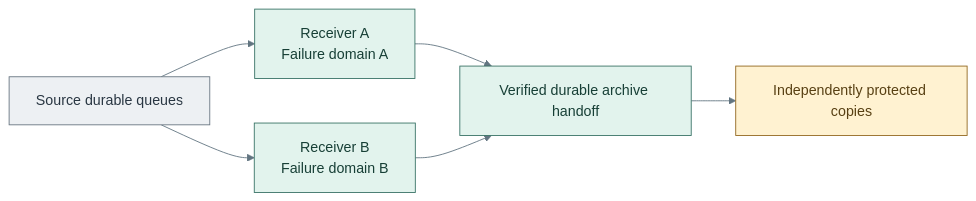
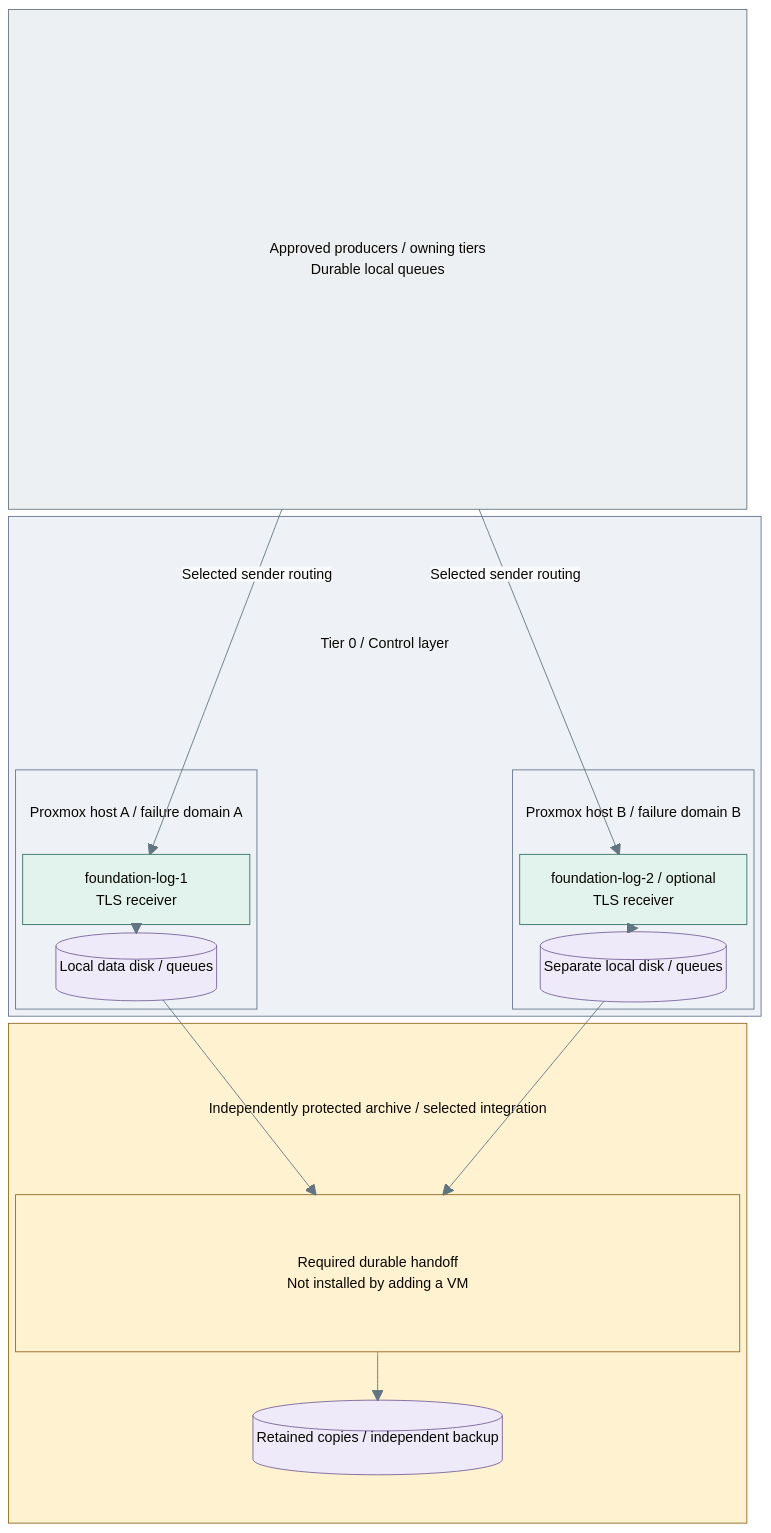
The diagram in docs/deployment/stage-1-logging/step-3b-redundant-intake.md (Rexus/homelab), drawn with Mermaid before and after one commit. The commit also changed 4 other files, not shown here.

Commit message:
docs(diagrams): show logging deployment boundaries

````diff
--- a/docs/deployment/stage-1-logging/step-3b-redundant-intake.md
+++ b/docs/deployment/stage-1-logging/step-3b-redundant-intake.md
@@ -16,16 +16,49 @@
 ```mermaid
 %%{init: {"theme":"base","themeVariables":{"lineColor":"#627581","edgeLabelBackground":"#f8fafc"}}}%%
-flowchart LR
-  Queue["Source durable queues"] --> A["Receiver A<br/>Failure domain A"]
-  Queue --> B["Receiver B<br/>Failure domain B"]
-  A --> Commit["Verified durable archive handoff"]
-  B --> Commit
-  Commit --> Copies["Independently protected copies"]
+block-beta
+  columns 1
+  Sources["Approved producers / owning tiers<br/>Durable local queues"]
+  block:T0
+    columns 3
+    T0Title["Tier 0 / Control layer"]:3
+    block:PVE1
+      columns 1
+      Host1Title["Proxmox host A / failure domain A"]
+      VM1["foundation-log-1<br/>TLS receiver"]
+      Disk1[("Local data disk / queues")]
+    end
+    space
+    block:PVE2
+      columns 1
+      Host2Title["Proxmox host B / failure domain B"]
+      VM2["foundation-log-2 / optional<br/>TLS receiver"]
+      Disk2[("Separate local disk / queues")]
+    end
+  end
+  block:Custody
+    columns 1
+    CustodyTitle["Independently protected archive / selected integration"]
+    Commit["Required durable handoff<br/>Not installed by adding a VM"]
+    Copies[("Retained copies / independent backup")]
+  end
+  Sources -- "Selected sender routing" --> VM1
+  Sources -- "Selected sender routing" --> VM2
+  VM1 --> Disk1
+  VM2 --> Disk2
+  Disk1 --> Commit
+  Disk2 --> Commit
+  Commit --> Copies
   classDef default fill:#f8fafc,stroke:#64748b,color:#1f2937
+  classDef boundary fill:#eef2f6,stroke:#64748b,color:#1f2937
+  classDef heading fill:none,stroke:none,color:#1f2937
   classDef actor fill:#edf0f3,stroke:#697682,color:#293642
   classDef control fill:#e2f3ed,stroke:#397366,color:#173f36
+  classDef data fill:#eeeafa,stroke:#78639b,color:#42325d
   classDef custody fill:#fff2d1,stroke:#926820,color:#584013
-  class Queue actor
-  class A,B,Commit control
-  class Copies custody
+  class T0,PVE1,PVE2 boundary
+  class T0Title,Host1Title,Host2Title,CustodyTitle heading
+  class Sources actor
+  class VM1,VM2 control
+  class Disk1,Disk2,Copies data
+  class Custody,Commit custody
 ```
````
